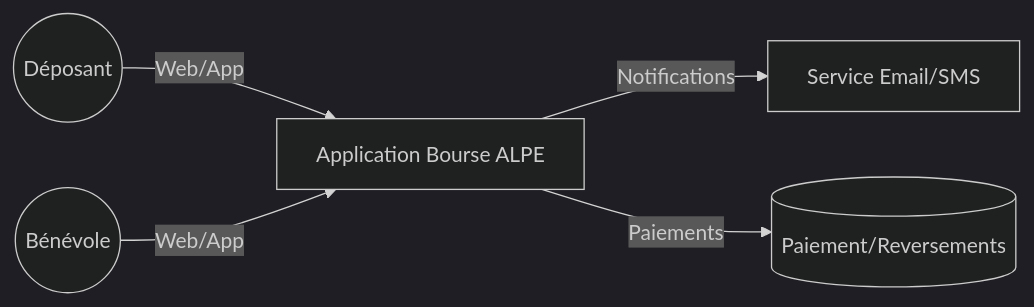
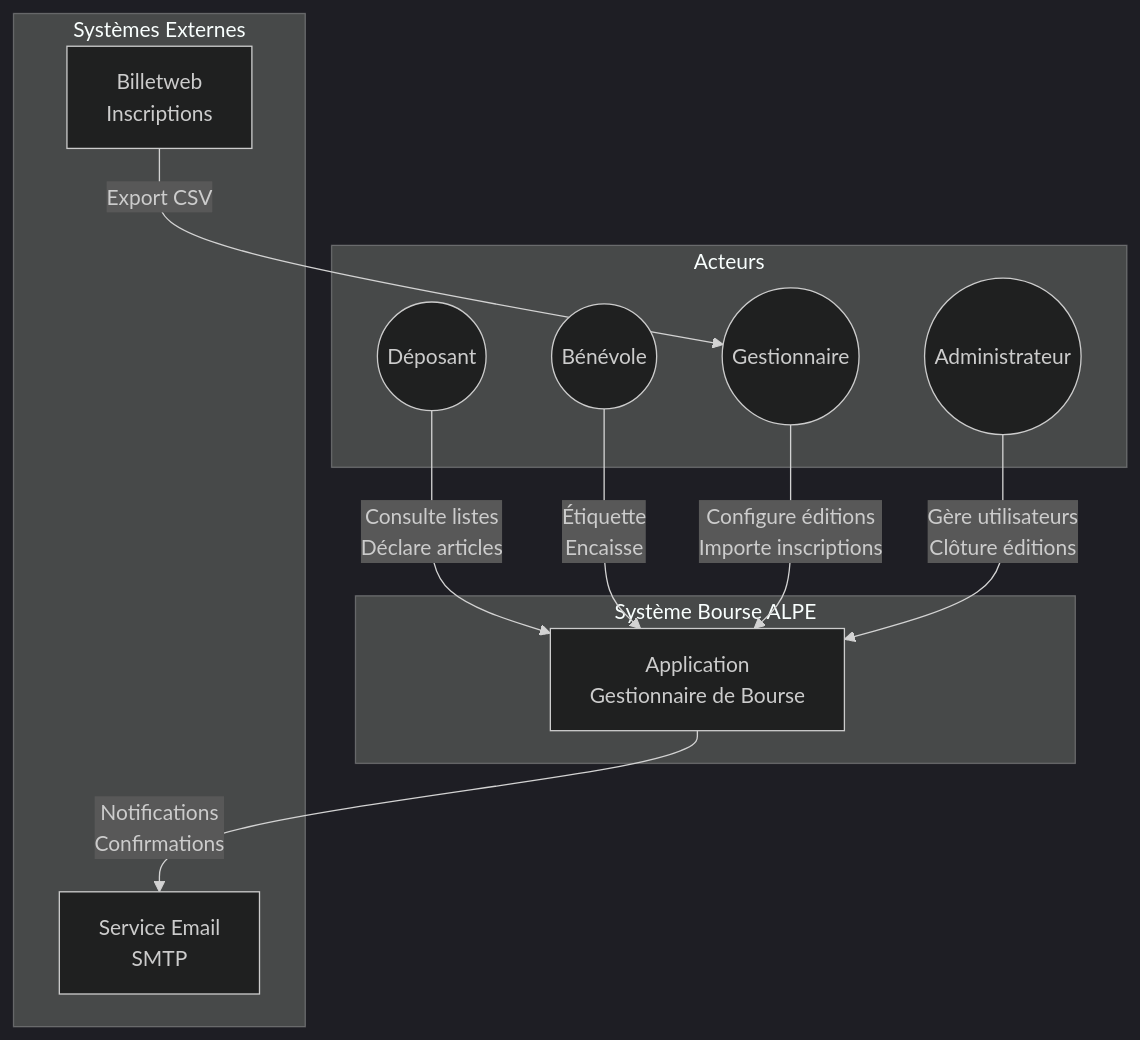
The first of 6 diagrams in docs/architecture.md (ALPE-Plaisance-du-Touch/Gestionnaire-de-Bourse-ALPE), drawn with Mermaid (dark theme) before and after one commit. The commit also changed other lines of this file and 1 other file, not shown here.

First line of the commit message:
docs(DOC-050): complete architecture with C4 diagrams, ADRs, and tech stack

````diff
--- a/docs/architecture.md
+++ b/docs/architecture.md
@@ -13,7 +42,26 @@
 ```mermaid
-flowchart LR
-  Deposant((Déposant)) -- Web/App --> App[Application Bourse ALPE]
-  Benevole((Bénévole)) -- Web/App --> App
-  App -- Notifications --> Email[Service Email/SMS]
-  App -- Paiements --> Bank[(Paiement/Reversements)]
+flowchart TB
+    subgraph Acteurs
+        Deposant((Déposant))
+        Benevole((Bénévole))
+        Gestionnaire((Gestionnaire))
+        Admin((Administrateur))
+    end
+
+    subgraph "Système Bourse ALPE"
+        App[Application<br/>Gestionnaire de Bourse]
+    end
+
+    subgraph "Systèmes Externes"
+        Billetweb[Billetweb<br/>Inscriptions]
+        Email[Service Email<br/>SMTP]
+    end
+
+    Deposant -->|Consulte listes<br/>Déclare articles| App
+    Benevole -->|Étiquette<br/>Encaisse| App
+    Gestionnaire -->|Configure éditions<br/>Importe inscriptions| App
+    Admin -->|Gère utilisateurs<br/>Clôture éditions| App
+
+    Billetweb -->|Export CSV| Gestionnaire
+    App -->|Notifications<br/>Confirmations| Email
 ```
````
